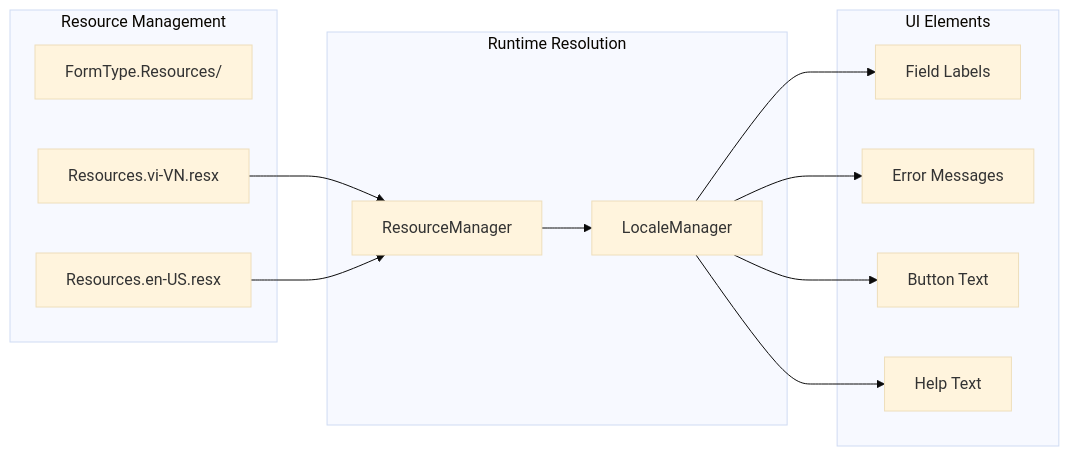
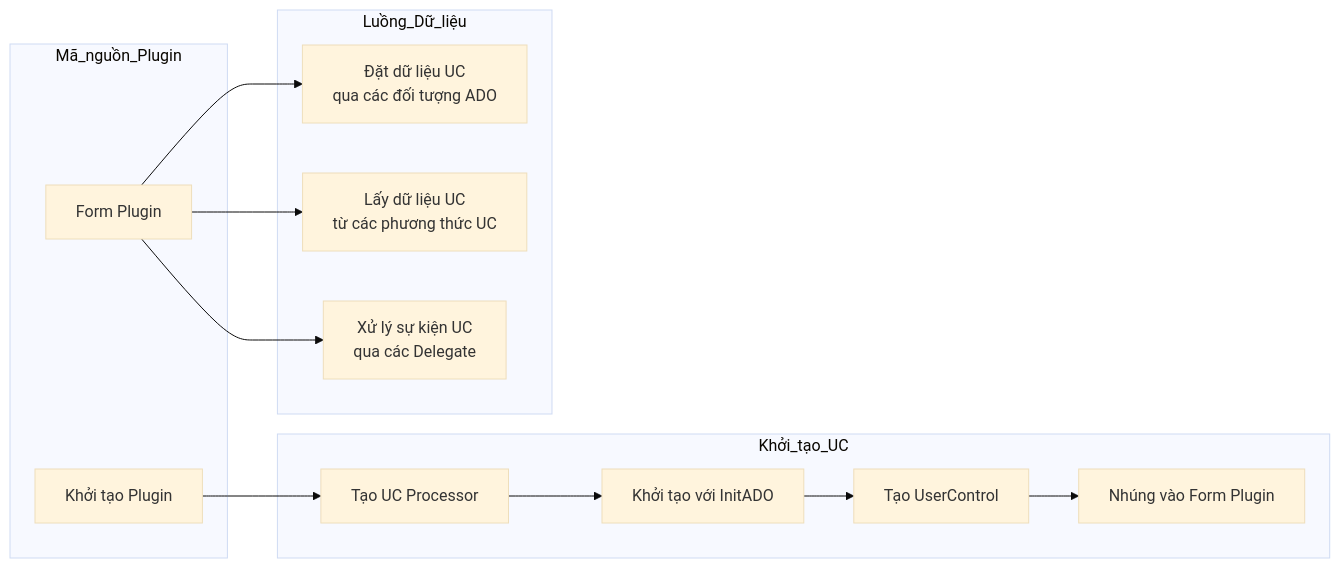
The tenth of 20 diagrams in docs/his-ba-documentation/02-modules/uc-controls/form-type-controls.md (thangpnb/HIS), drawn with Mermaid (base theme) before and after one commit. The commit also changed other lines of this file and 30 other files, not shown here.

Commit message:
Refactor architecture docs and update translations

````diff
--- a/docs/his-ba-documentation/02-modules/uc-controls/form-type-controls.md
+++ b/docs/his-ba-documentation/02-modules/uc-controls/form-type-controls.md
@@ -465,29 +1407,29 @@
 ```mermaid
 graph LR
-    subgraph "Resource Management"
-        Resources["FormType.Resources/"]
-        VN["Resources.vi-VN.resx"]
-        EN["Resources.en-US.resx"]
+    subgraph "Mã_nguồn_Plugin"
+        PluginInit["Khởi tạo Plugin"]
+        PluginUI["Form Plugin"]
     end
     
-    subgraph "Runtime Resolution"
-        LocaleManager["LocaleManager"]
-        ResourceManager["ResourceManager"]
+    subgraph "Khởi_tạo_UC"
+        CreateProcessor["Tạo UC Processor"]
+        InitData["Khởi tạo với InitADO"]
+        GenerateControl["Tạo UserControl"]
+        EmbedControl["Nhúng vào Form Plugin"]
     end
     
-    subgraph "UI Elements"
-        Labels["Field Labels"]
-        Messages["Error Messages"]
-        Buttons["Button Text"]
-        Help["Help Text"]
+    subgraph "Luồng_Dữ_liệu"
+        SetData["Đặt dữ liệu UC<br/>qua các đối tượng ADO"]
+        GetData["Lấy dữ liệu UC<br/>từ các phương thức UC"]
+        HandleEvents["Xử lý sự kiện UC<br/>qua các Delegate"]
     end
     
-    VN --> ResourceManager
-    EN --> ResourceManager
-    ResourceManager --> LocaleManager
+    PluginInit --> CreateProcessor
+    CreateProcessor --> InitData
+    InitData --> GenerateControl
+    GenerateControl --> EmbedControl
     
-    LocaleManager --> Labels
-    LocaleManager --> Messages
-    LocaleManager --> Buttons
-    LocaleManager --> Help
+    PluginUI --> SetData
+    PluginUI --> GetData
+    PluginUI --> HandleEvents
 ```
````
